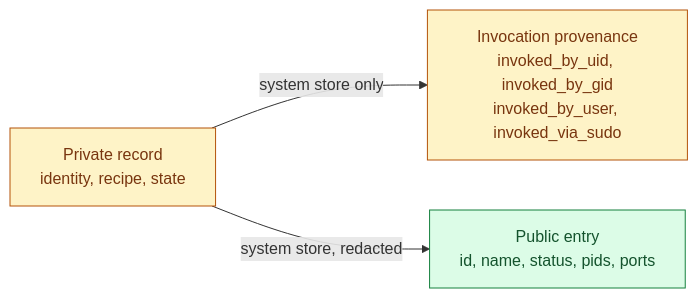
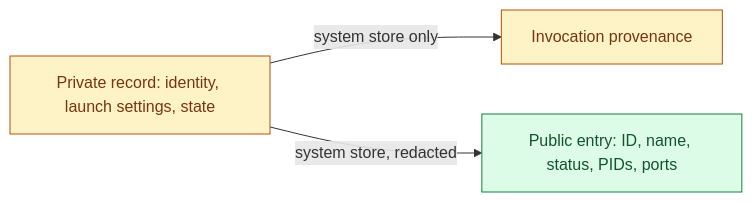
Before and after one commit to RchGrav/callbox: the first of 2 diagrams in docs/store.md, drawn with Mermaid. The commit also changed other lines of this file and 129 other files, not shown here.

````diff
--- a/docs/store.md
+++ b/docs/store.md
@@ -64,14 +72,14 @@
 ```mermaid
 flowchart LR
-    Run["Private record<br/>identity, recipe, state"]
-    Provenance["Invocation provenance<br/>invoked_by_uid, invoked_by_gid<br/>invoked_by_user, invoked_via_sudo"]
-    Public["Public entry<br/>id, name, status, pids, ports"]
+    Run["Private record: identity, launch settings, state"]
+    Provenance["Invocation provenance"]
+    Public["Public entry: ID, name, status, PIDs, ports"]
 
     Run -->|"system store only"| Provenance
     Run -->|"system store, redacted"| Public
 
     classDef authority fill:#fef3c7,stroke:#b45309,color:#78350f
     classDef public fill:#dcfce7,stroke:#15803d,color:#14532d
     class Run,Provenance authority
     class Public public
 ```
````
